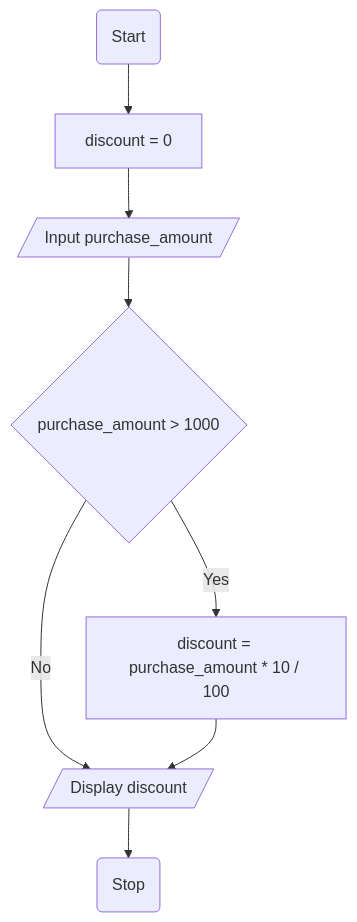
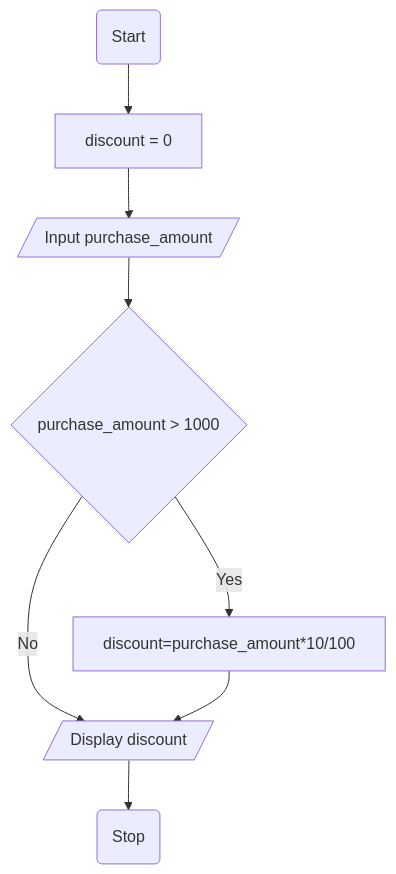
Before and after one commit to jayani-athukorala/algorithm-flowchart-workshop: the tenth of 10 diagrams in README.md, drawn with Mermaid. The commit also changed other lines of this file and 4 other files, not shown here.

Commit message:
Add mermaid flowchart for Q5 modification

````diff
--- a/README.md
+++ b/README.md
@@ -353,10 +353,10 @@
 ```mermaid
 flowchart TD
     A(Start) --> B[discount = 0]
     B --> C[/Input purchase_amount/]
     C --> D{purchase_amount > 1000}
-    D -- Yes --> E[discount = purchase_amount * 10 / 100]
+    D -- Yes --> E[discount=purchase_amount*10/100]
     D -- No --> F[/Display discount/]
     E --> F
     F --> G(Stop)
 ```
````
